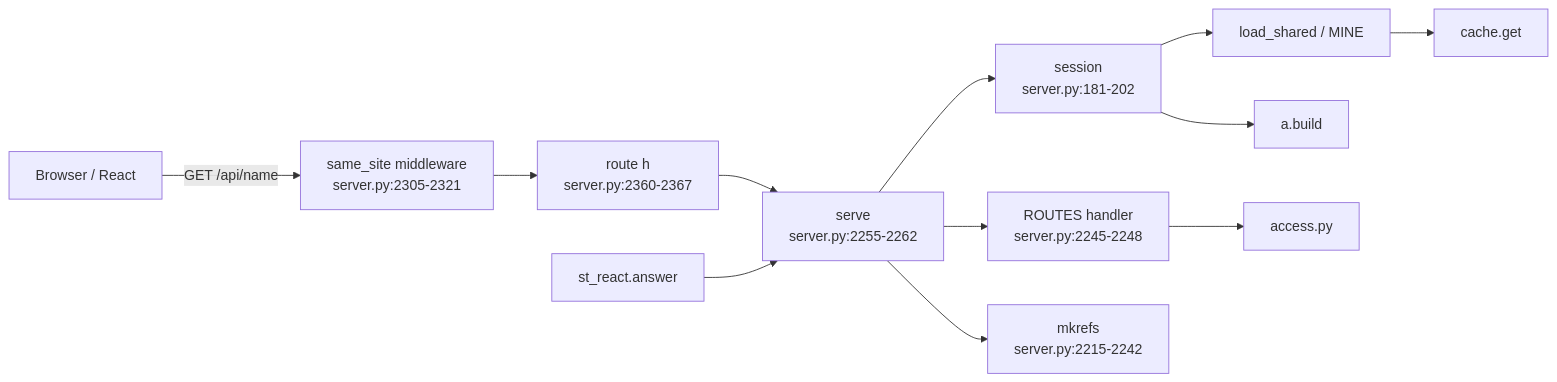
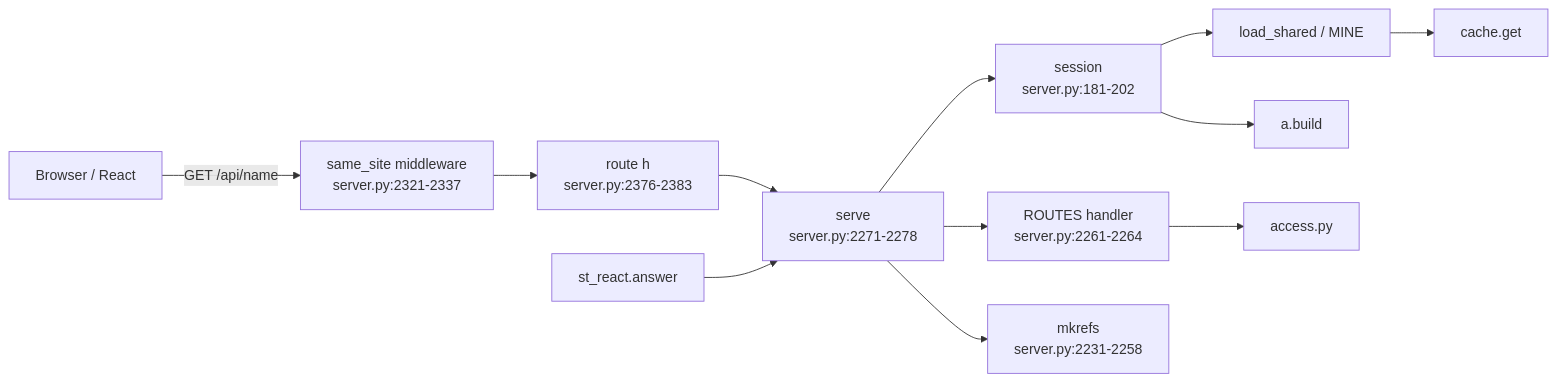
The first of 2 diagrams in snowflake-access-explorer-knowledge-graph/modules/server.md (darshanmeel/snowflake-access-explorer), drawn with Mermaid before and after one commit. The commit also changed other lines of this file and 88 other files, not shown here.

First line of the commit message:
Knowledge graph and docs for the access log; per-day charts by user, role, client, statement, R/W/DDL, object kind

````diff
--- a/snowflake-access-explorer-knowledge-graph/modules/server.md
+++ b/snowflake-access-explorer-knowledge-graph/modules/server.md
@@ -6,14 +6,14 @@
 ```mermaid
 flowchart LR
-  B[Browser / React] -->|GET /api/name| MW[same_site middleware<br/>server.py:2305-2321]
-  MW --> R[route h<br/>server.py:2360-2367]
-  R --> SV[serve<br/>server.py:2255-2262]
+  B[Browser / React] -->|GET /api/name| MW[same_site middleware<br/>server.py:2321-2337]
+  MW --> R[route h<br/>server.py:2376-2383]
+  R --> SV[serve<br/>server.py:2271-2278]
   SV --> SE[session<br/>server.py:181-202]
   SE --> LS[load_shared / MINE]
   LS --> C[cache.get]
   SE --> AB[a.build]
-  SV --> H[ROUTES handler<br/>server.py:2245-2248]
+  SV --> H[ROUTES handler<br/>server.py:2261-2264]
   H --> A[access.py]
-  SV --> MK[mkrefs<br/>server.py:2215-2242]
+  SV --> MK[mkrefs<br/>server.py:2231-2258]
   ST[st_react.answer] --> SV
 ```
````
